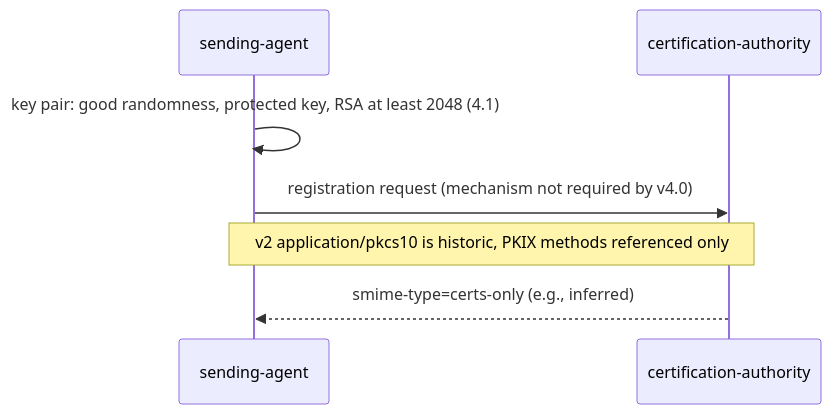
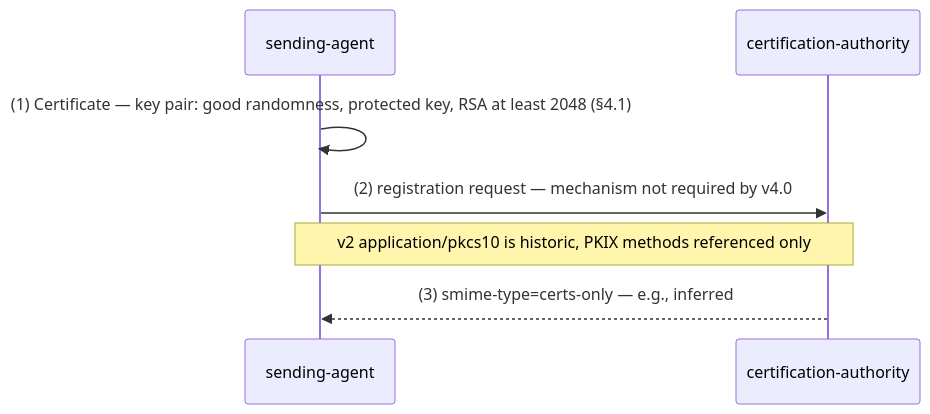
One commit to m-of-n/library changed diagram 15 of 28 in records/ietf/rfc-8551/distilled/protocol.md. Above: the diagram before and after it, drawn with Mermaid. The commit also changed other lines of this file and 10 other files, not shown here.

````diff
--- a/records/ietf/rfc-8551/distilled/protocol.md
+++ b/records/ietf/rfc-8551/distilled/protocol.md
@@ -364,9 +365,9 @@
 ```mermaid
 sequenceDiagram
   participant SA as sending-agent
   participant CA as certification-authority
-  SA->>SA: key pair: good randomness, protected key, RSA at least 2048 (4.1)
-  SA->>CA: registration request (mechanism not required by v4.0)
+  SA->>SA: (1) Certificate — key pair: good randomness, protected key, RSA at least 2048 (§4.1)
+  SA->>CA: (2) registration request — mechanism not required by v4.0
   Note over SA,CA: v2 application/pkcs10 is historic, PKIX methods referenced only
-  CA-->>SA: smime-type=certs-only (e.g., inferred)
+  CA-->>SA: (3) smime-type=certs-only — e.g., inferred
 ```
````
